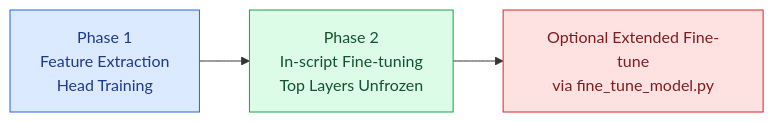
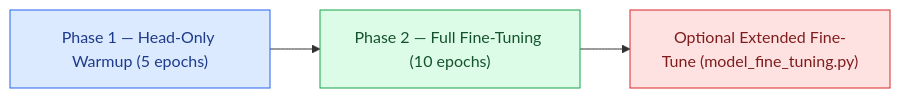
Before and after one commit to ItzSwapnil/Leaf_Disease_Detection: the third of 5 diagrams in docs/architecture.md, drawn with Mermaid. The commit also changed other lines of this file and 45 other files, not shown here.

````diff
--- a/docs/architecture.md
+++ b/docs/architecture.md
@@ -101,13 +107,13 @@
 ```mermaid
 flowchart LR
     classDef p1 fill:#dbeafe,stroke:#2563eb,color:#1e3a8a
     classDef p2 fill:#dcfce7,stroke:#16a34a,color:#14532d
     classDef p3 fill:#fee2e2,stroke:#dc2626,color:#7f1d1d
 
-    P1[Phase 1\nFeature Extraction\nHead Training] --> P2[Phase 2\nIn-script Fine-tuning\nTop Layers Unfrozen]
-    P2 --> P3[Optional Extended Fine-tune\nvia fine_tune_model.py]
+    P1["Phase 1 — Head-Only Warmup (5 epochs)"] --> P2["Phase 2 — Full Fine-Tuning (10 epochs)"]
+    P2 --> P3["Optional Extended Fine-Tune (model_fine_tuning.py)"]
 
     class P1 p1
     class P2 p2
     class P3 p3
 ```
````
